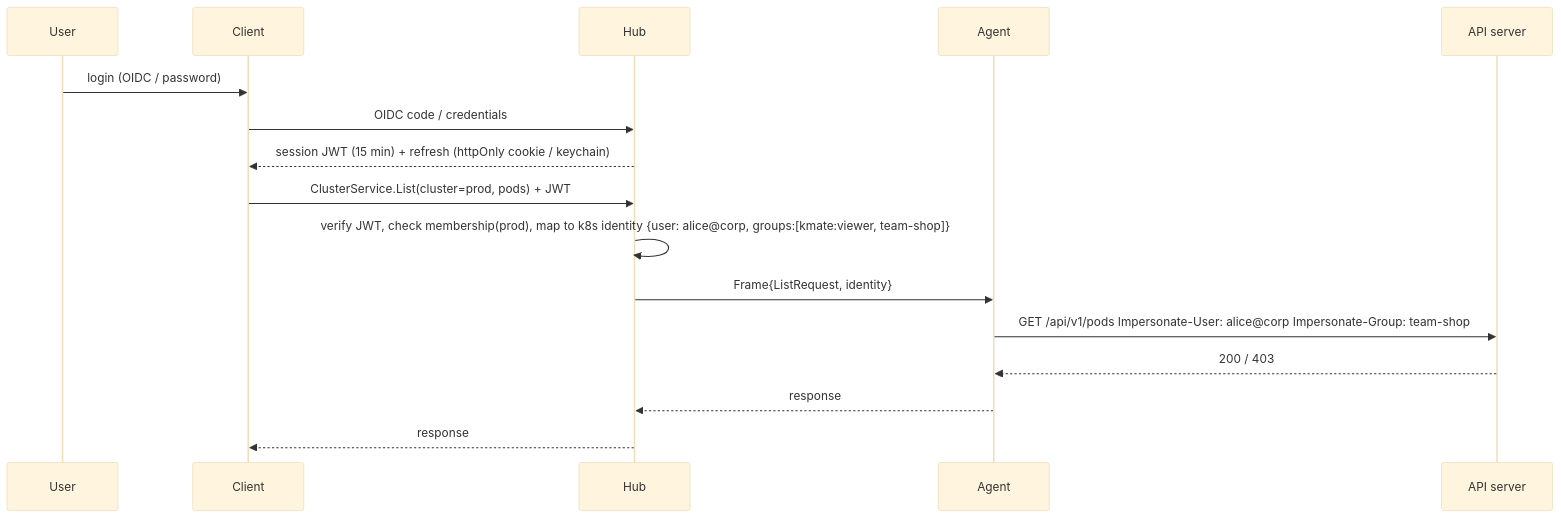
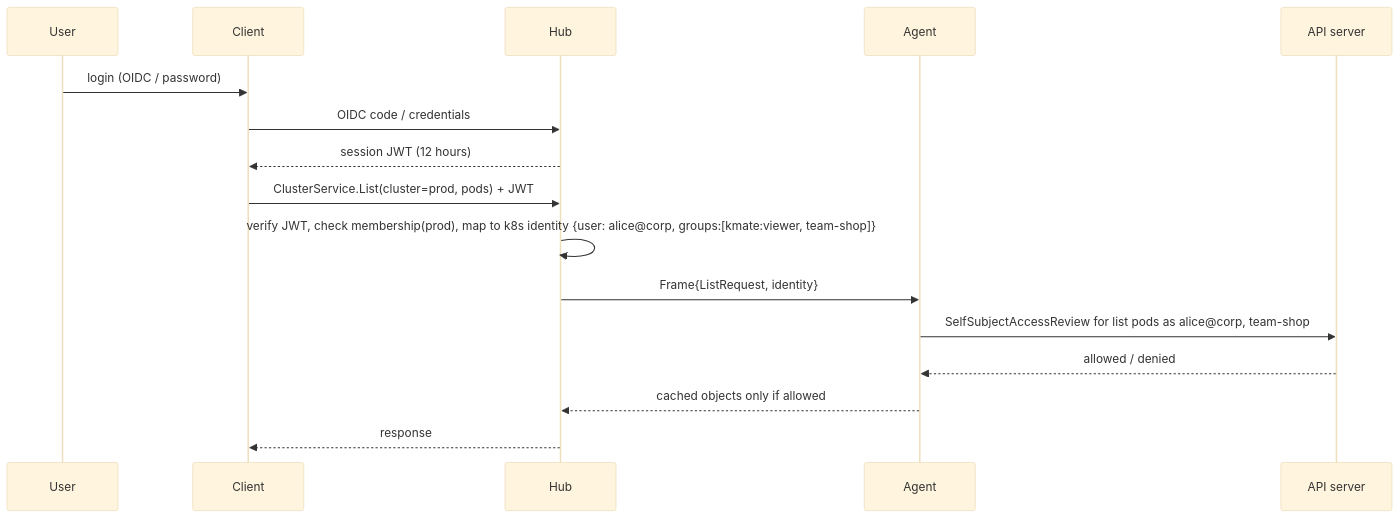
Before and after one commit to sahabti/kmate: the diagram in docs/06-security.md, drawn with Mermaid (base theme). The commit also changed other lines of this file and 38 other files, not shown here.

````diff
--- a/docs/06-security.md
+++ b/docs/06-security.md
@@ -17,18 +17,18 @@
 ```mermaid
 sequenceDiagram
     participant U as User
     participant C as Client
     participant H as Hub
     participant A as Agent
     participant K as API server
     U->>C: login (OIDC / password)
     C->>H: OIDC code / credentials
-    H-->>C: session JWT (15 min) + refresh (httpOnly cookie / keychain)
+    H-->>C: session JWT (12 hours)
     C->>H: ClusterService.List(cluster=prod, pods) + JWT
     H->>H: verify JWT, check membership(prod), map to k8s identity {user: alice@corp, groups:[kmate:viewer, team-shop]}
     H->>A: Frame{ListRequest, identity}
-    A->>K: GET /api/v1/pods  Impersonate-User: alice@corp  Impersonate-Group: team-shop
-    K-->>A: 200 / 403
-    A-->>H: response
+    A->>K: SelfSubjectAccessReview for list pods as alice@corp, team-shop
+    K-->>A: allowed / denied
+    A-->>H: cached objects only if allowed
     H-->>C: response
 ```
````
